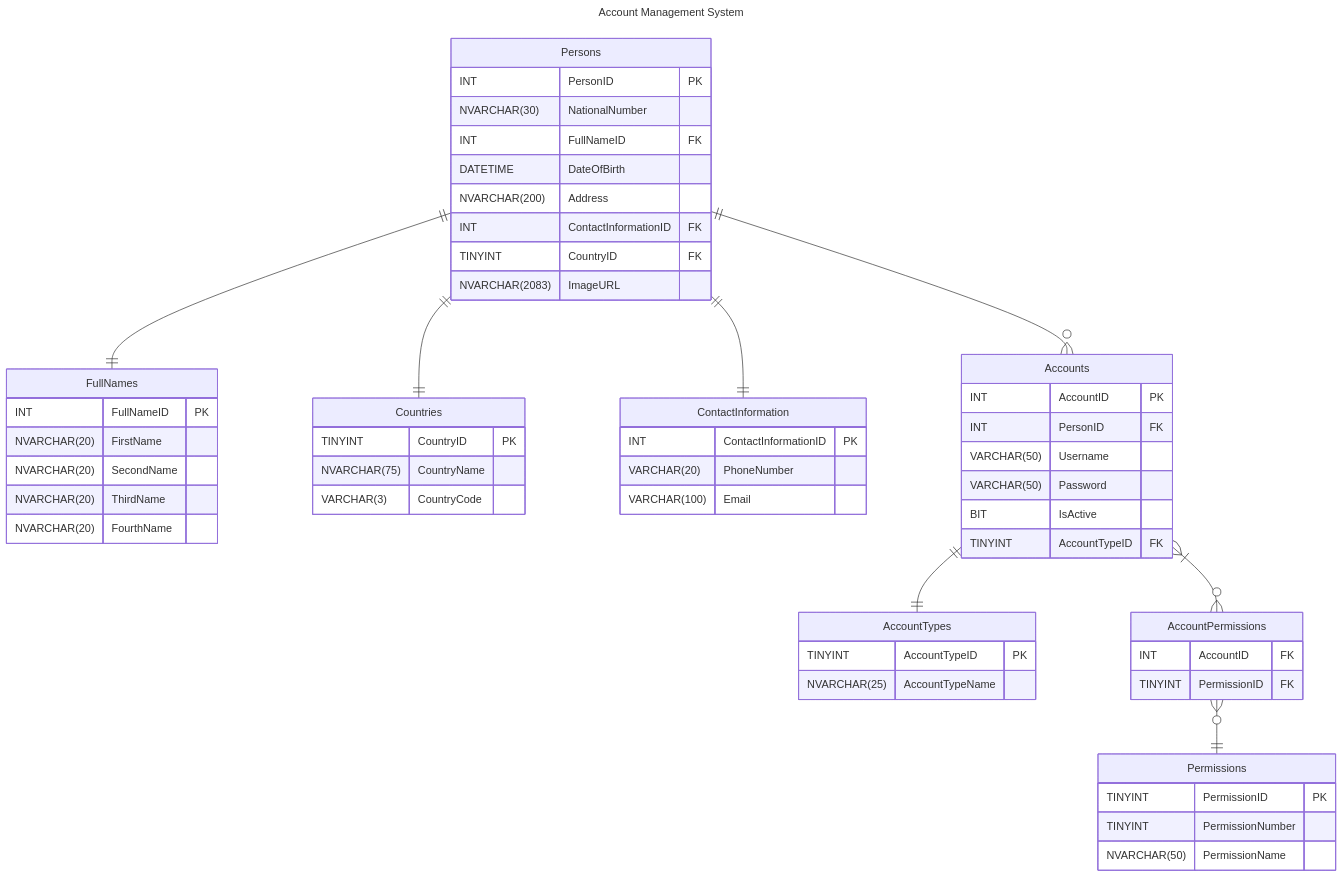
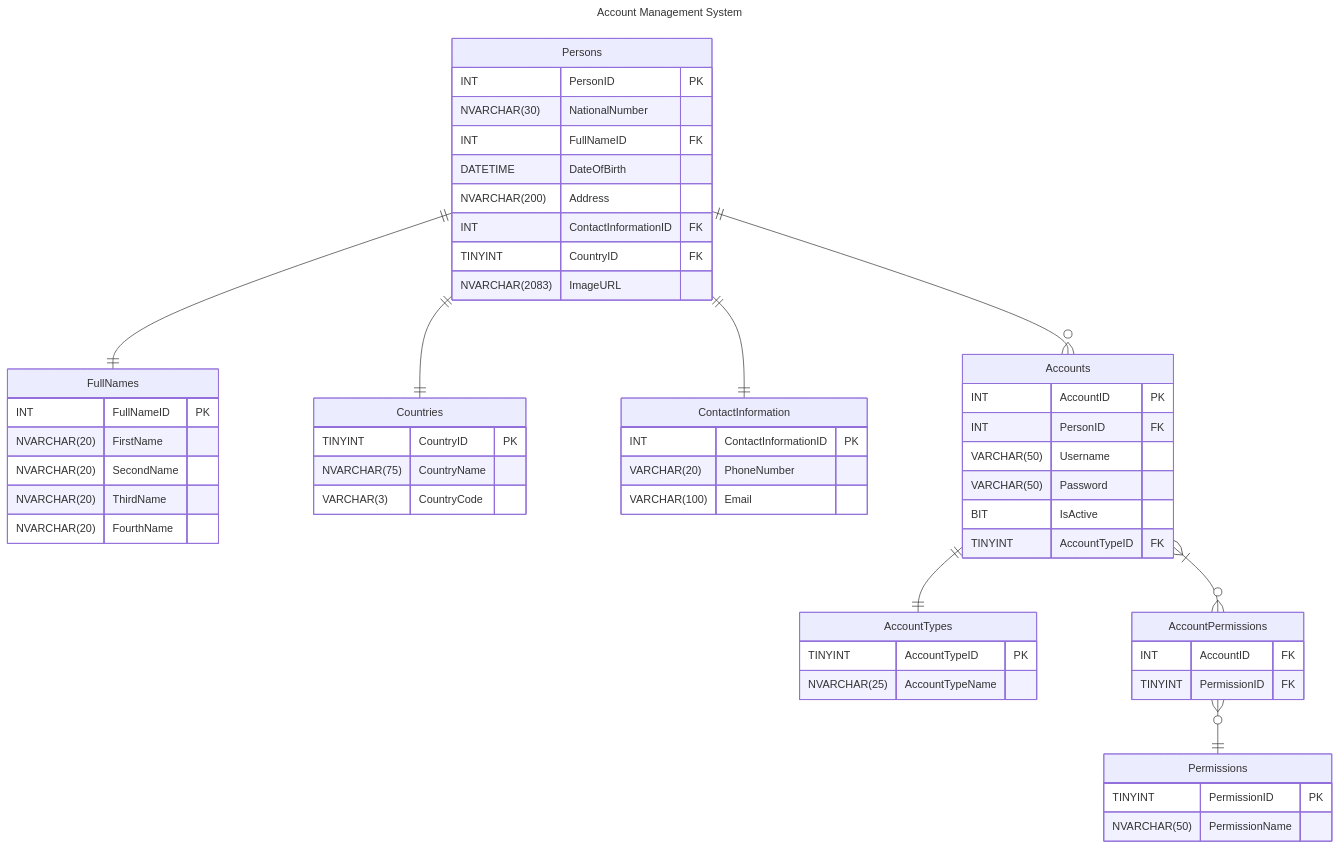
The diagram in RelationalSchemasAndDatabases/AccountManagementSystem/AccountManagementSystem.mmd (M4MD24/Full-Real-Project-by-Programming-Advices), drawn with Mermaid before and after one commit. The commit also changed 1 other file, not shown here.

Commit message:
Edit (Permissions) Table in (AccountManagementSystem) Schema in (DriverAndVehicleLicenseDepartment) Database

```diff
--- a/RelationalSchemasAndDatabases/AccountManagementSystem/AccountManagementSystem.mmd
+++ b/RelationalSchemasAndDatabases/AccountManagementSystem/AccountManagementSystem.mmd
@@ -1,60 +1,59 @@
 ---
 title: Account Management System
 ---
 erDiagram
     Persons {
         INT PersonID PK
         NVARCHAR(30) NationalNumber
         INT FullNameID FK
         DATETIME DateOfBirth
         NVARCHAR(200) Address
         INT ContactInformationID FK
         TINYINT CountryID FK
         NVARCHAR(2083) ImageURL
     }
     FullNames {
         INT FullNameID PK
         NVARCHAR(20) FirstName
         NVARCHAR(20) SecondName
         NVARCHAR(20) ThirdName
         NVARCHAR(20) FourthName
     }
     Countries {
         TINYINT CountryID PK
         NVARCHAR(75) CountryName
         VARCHAR(3) CountryCode
     }
     ContactInformation {
         INT ContactInformationID PK
         VARCHAR(20) PhoneNumber
         VARCHAR(100) Email
     }
     AccountTypes {
         TINYINT AccountTypeID PK
         NVARCHAR(25) AccountTypeName
     }
     Accounts {
         INT AccountID PK
         INT PersonID FK
         VARCHAR(50) Username
         VARCHAR(50) Password
         BIT IsActive
         TINYINT AccountTypeID FK
     }
     AccountPermissions {
         INT AccountID FK
         TINYINT PermissionID FK
     }
     Permissions {
         TINYINT PermissionID PK
-        TINYINT PermissionNumber
         NVARCHAR(50) PermissionName
     }
 
     Persons ||--|| FullNames: ""
     Persons ||--|| Countries: ""
     Persons ||--|| ContactInformation: ""
     Persons ||--o{ Accounts: ""
     Accounts ||--|| AccountTypes: ""
     Accounts }|--o{ AccountPermissions: ""
     AccountPermissions }o--|| Permissions: ""
```
